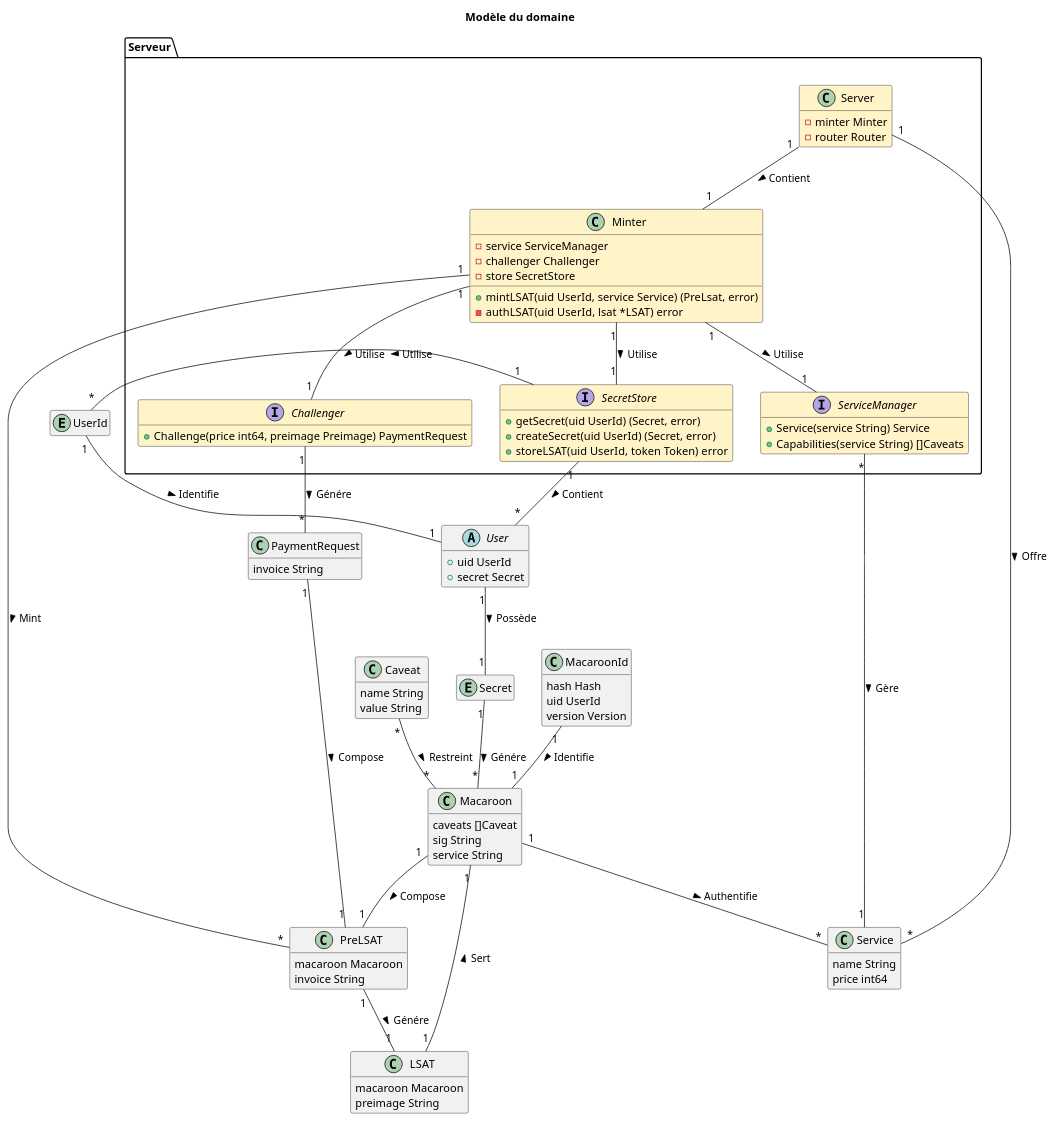
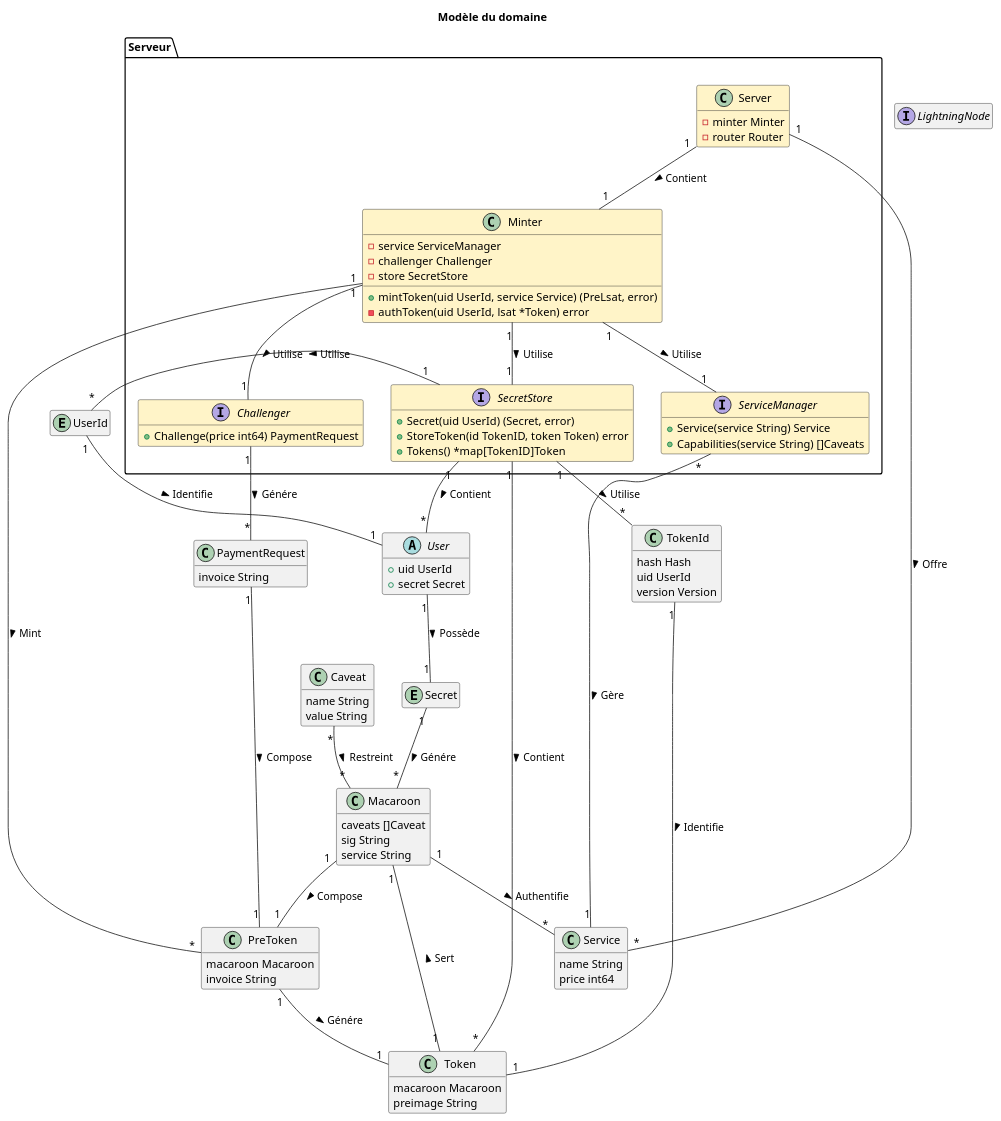
The diagram in CONTRIBUTING/MDD.puml (Byzantium-ETS/lsat), drawn with PlantUML before and after one commit. The commit also changed 14 other files, not shown here.

```diff
--- a/CONTRIBUTING/MDD.puml
+++ b/CONTRIBUTING/MDD.puml
@@ -1,116 +1,121 @@
 @startuml
 title Modèle du domaine
 
 skinparam class {
   BackgroundColor<<Serveur>> #FFF4C8
 }
 
 hide stereotype
 hide empty members
   
 entity "UserId" as Uid
 
 entity "Secret" as Sec
 
 abstract class "User" as U {
   + uid UserId
   + secret Secret
 }
 
 package Serveur {
   class "Server" as Se <<Serveur>> {
     - minter Minter
     - router Router
   }
   
   interface "SecretStore" as SS <<Serveur>>
   
-  SS : + getSecret(uid UserId) (Secret, error)
-  SS : + createSecret(uid UserId) (Secret, error)
-  SS : + storeLSAT(uid UserId, token Token) error
+  SS : + Secret(uid UserId) (Secret, error)
+  SS : + StoreToken(id TokenID, token Token) error
+  SS : + Tokens() *map[TokenID]Token
   
   interface "Challenger" as Ch <<Serveur>>
   
-  Ch : + Challenge(price int64, preimage Preimage) PaymentRequest
+  Ch : + Challenge(price int64) PaymentRequest
   
   interface "ServiceManager" as SM <<Serveur>>
   
   SM : + Service(service String) Service
   SM : + Capabilities(service String) []Caveats
   
   class "Minter" as Mi <<Serveur>> {
     - service ServiceManager
     - challenger Challenger
     - store SecretStore
   }
   
-  Mi : + mintLSAT(uid UserId, service Service) (PreLsat, error)
-  Mi : - authLSAT(uid UserId, lsat *LSAT) error
+  Mi : + mintToken(uid UserId, service Service) (PreLsat, error)
+  Mi : - authToken(uid UserId, lsat *Token) error
 
 }
+
+
+interface "LightningNode" as LN
   
-class "LSAT" as LSAT {
+class "Token" as Token {
   macaroon Macaroon
   preimage String
 }
     
-class "PreLSAT" as pLSAT {
+class "PreToken" as pToken {
   macaroon Macaroon
   invoice String
 }
   
     
 class "Macaroon" as Mac {
   caveats []Caveat
   sig String
   service String
 }
   
-class "MacaroonId" as MacId {
+class "TokenId" as Tid {
   hash Hash
   uid UserId
   version Version
 }
   
 class "Caveat" as Ca {
   name String
   value String
 }
 
   
 class "Service" as Ser {
   name String
   price int64
 }
   
 class "PaymentRequest" as PR {
   invoice String
 }
 
-LSAT "1" -- "1" Mac : > Sert
-pLSAT "1" -- "1" LSAT : > Génére
-Mi "1" -- "*" pLSAT : > Mint
-PR "1" -- "1" pLSAT : > Compose
-Mac "1" -- "1" pLSAT : > Compose
+Token "1" -- "1" Mac : > Sert
+pToken "1" -- "1" Token : > Génére
+Mi "1" -- "*" pToken : > Mint
+PR "1" -- "1" pToken : > Compose
+Mac "1" -- "1" pToken : > Compose
 
-MacId "1" -- "1" Mac : > Identifie 
+Tid "1" -- "1" Token : > Identifie 
 Mac "1" -- "*" Ser : > Authentifie
 Ca "*" -- "*" Mac : > Restreint
 
 Mi "1" -- "1" Ch : > Utilise
 Mi "1" -- "1" SS : > Utilise
 Mi "1" -- "1" SM : > Utilise
 
 SS "1" -- "*" U : > Contient
+SS "1" -- "*" Token : > Contient
 SS "1" -- "*" Uid : > Utilise
+SS "1" -- "*" Tid : > Utilise
 U "1" -- "1" Sec : > Possède
 Uid "1" -- "1" U : > Identifie
 Sec "1" -- "*" Mac : > Génére
 
 Ser "1" -- "*" SM : < Gère
 Ch "1" -- "*" PR : > Génére
 
 Se "1" -- "1" Mi : > Contient
 Se "1" -- "*" Ser : > Offre
 
 @enduml
```
